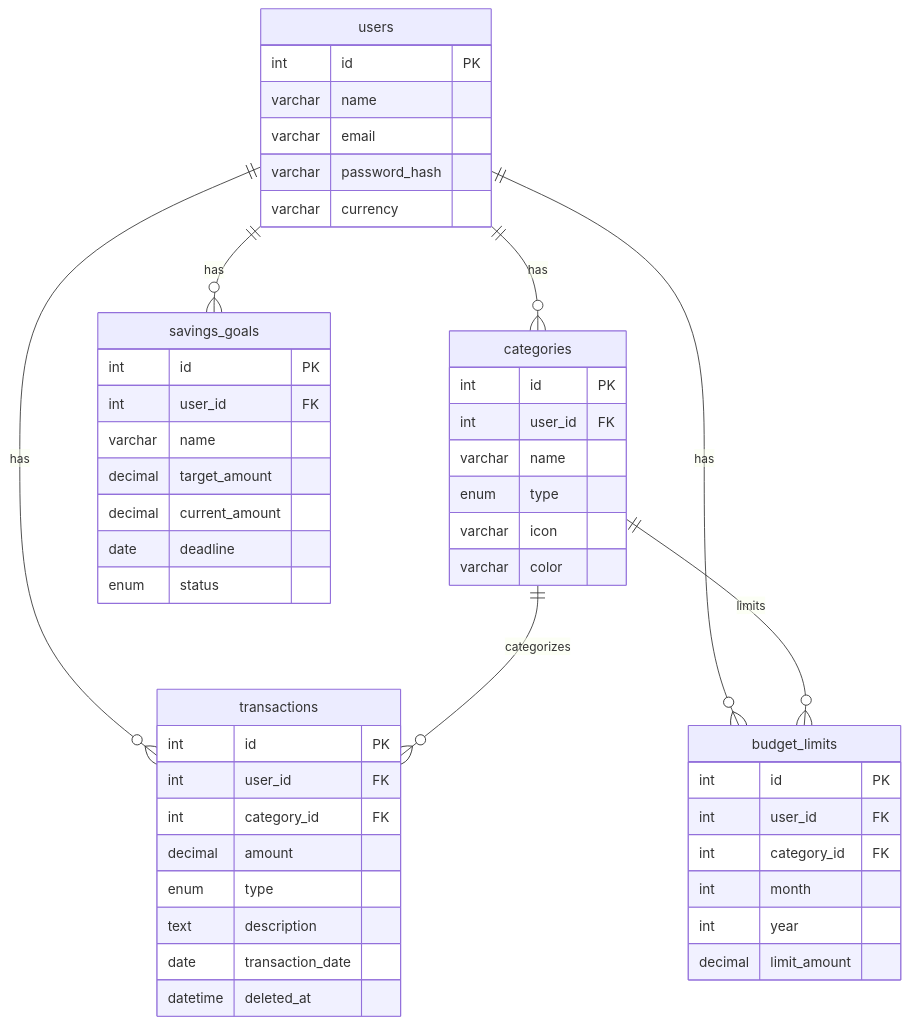
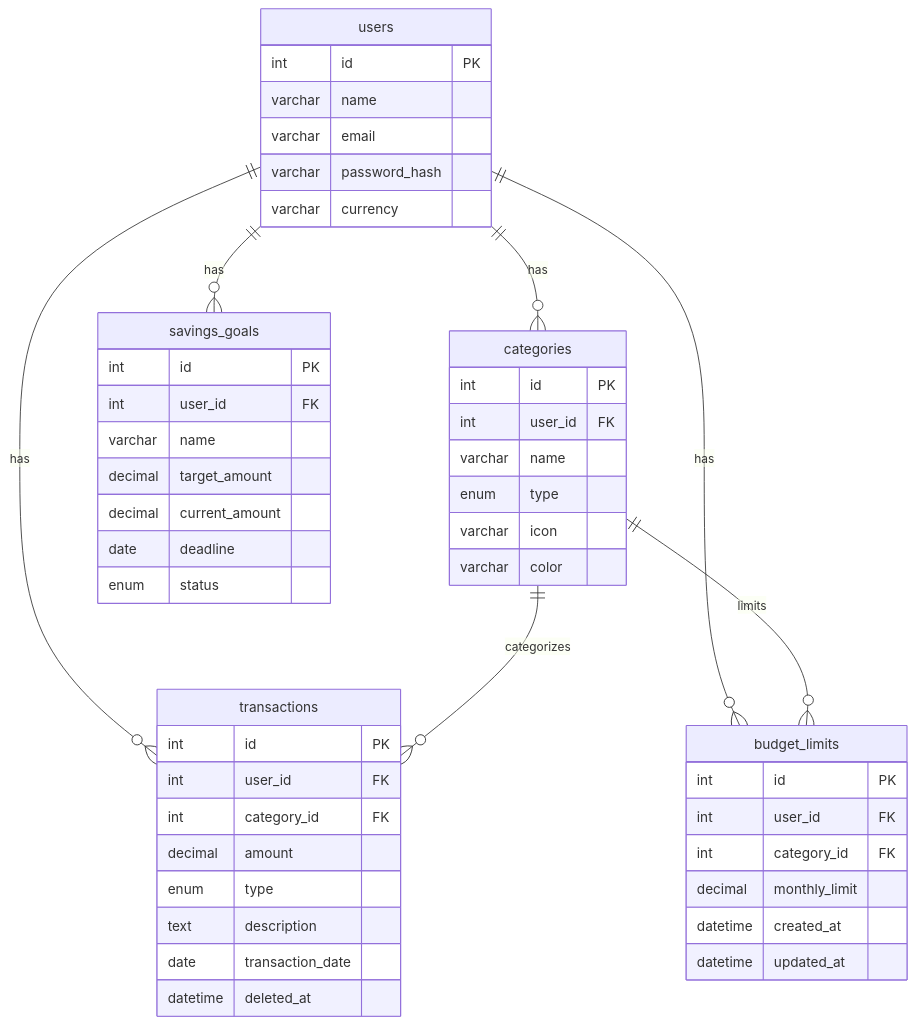
Before and after one commit to ShivShah018/finsightwebapp: the fourth of 4 diagrams in README.md, drawn with Mermaid.

Commit message:
Fix ER diagram: budget_limits columns match actual schema (monthly_limit, no month/year)

````diff
--- a/README.md
+++ b/README.md
@@ -199,51 +199,51 @@
 ```mermaid
 erDiagram
     users {
         int id PK
         varchar name
         varchar email
         varchar password_hash
         varchar currency
     }
     categories {
         int id PK
         int user_id FK
         varchar name
         enum type
         varchar icon
         varchar color
     }
     transactions {
         int id PK
         int user_id FK
         int category_id FK
         decimal amount
         enum type
         text description
         date transaction_date
         datetime deleted_at
     }
     savings_goals {
         int id PK
         int user_id FK
         varchar name
         decimal target_amount
         decimal current_amount
         date deadline
         enum status
     }
     budget_limits {
         int id PK
         int user_id FK
         int category_id FK
-        int month
-        int year
-        decimal limit_amount
+        decimal monthly_limit
+        datetime created_at
+        datetime updated_at
     }
     users ||--o{ categories : "has"
     users ||--o{ transactions : "has"
     users ||--o{ savings_goals : "has"
     users ||--o{ budget_limits : "has"
     categories ||--o{ transactions : "categorizes"
     categories ||--o{ budget_limits : "limits"
 ```
````
